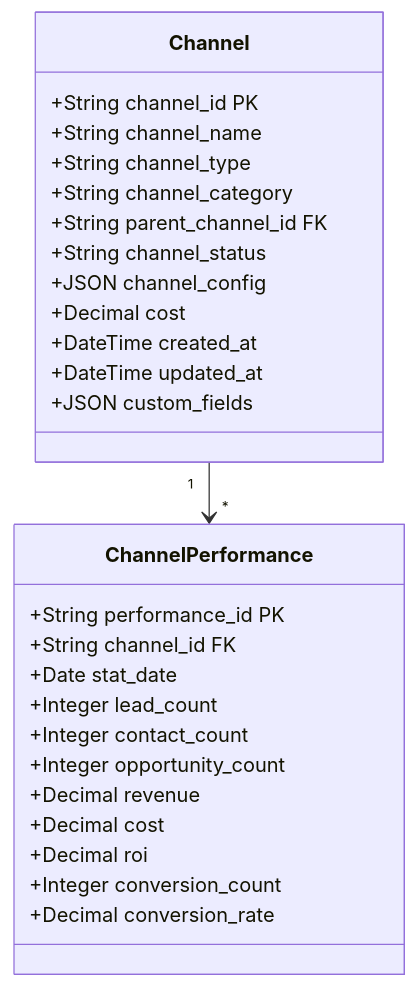
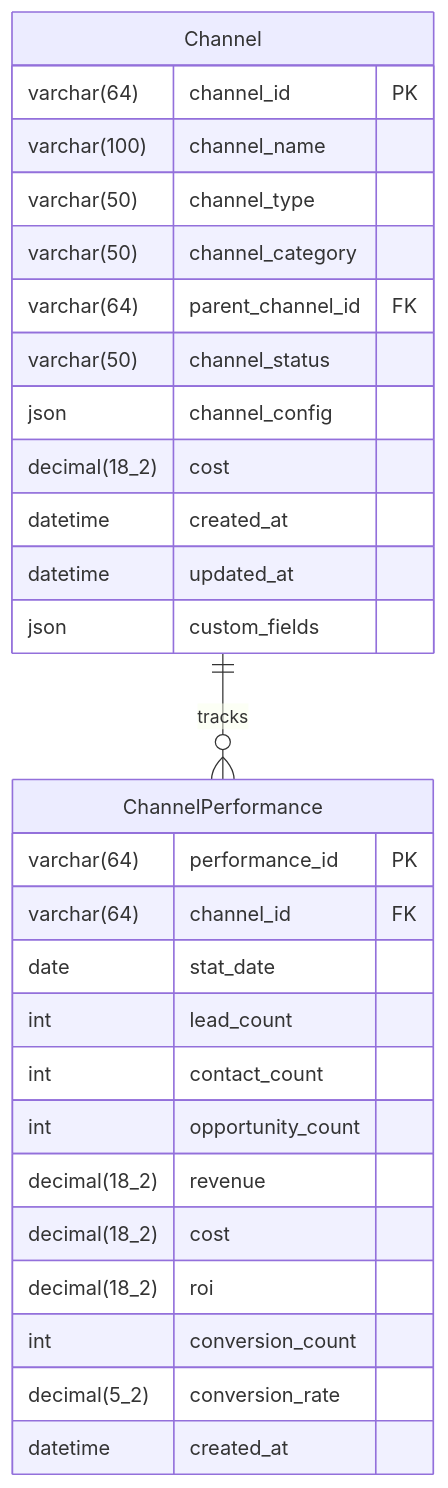
The sixth of 26 diagrams in docs/b2b-cdp-entity-design.md (312268112/advanced-java), drawn with Mermaid before and after one commit. The commit also changed other lines of this file, not shown here.

````diff
--- a/docs/b2b-cdp-entity-design.md
+++ b/docs/b2b-cdp-entity-design.md
@@ -339,32 +427,33 @@
 ```mermaid
-classDiagram
-    class Channel {
-        +String channel_id PK
-        +String channel_name
-        +String channel_type
-        +String channel_category
-        +String parent_channel_id FK
-        +String channel_status
-        +JSON channel_config
-        +Decimal cost
-        +DateTime created_at
-        +DateTime updated_at
-        +JSON custom_fields
+erDiagram
+    Channel ||--o{ ChannelPerformance : "tracks"
+    
+    Channel {
+        varchar(64) channel_id PK
+        varchar(100) channel_name
+        varchar(50) channel_type
+        varchar(50) channel_category
+        varchar(64) parent_channel_id FK
+        varchar(50) channel_status
+        json channel_config
+        decimal(18_2) cost
+        datetime created_at
+        datetime updated_at
+        json custom_fields
     }
     
-    class ChannelPerformance {
-        +String performance_id PK
-        +String channel_id FK
-        +Date stat_date
-        +Integer lead_count
-        +Integer contact_count
-        +Integer opportunity_count
-        +Decimal revenue
-        +Decimal cost
-        +Decimal roi
-        +Integer conversion_count
-        +Decimal conversion_rate
+    ChannelPerformance {
+        varchar(64) performance_id PK
+        varchar(64) channel_id FK
+        date stat_date
+        int lead_count
+        int contact_count
+        int opportunity_count
+        decimal(18_2) revenue
+        decimal(18_2) cost
+        decimal(18_2) roi
+        int conversion_count
+        decimal(5_2) conversion_rate
+        datetime created_at
     }
-    
-    Channel "1" --> "*" ChannelPerformance
 ```
````
